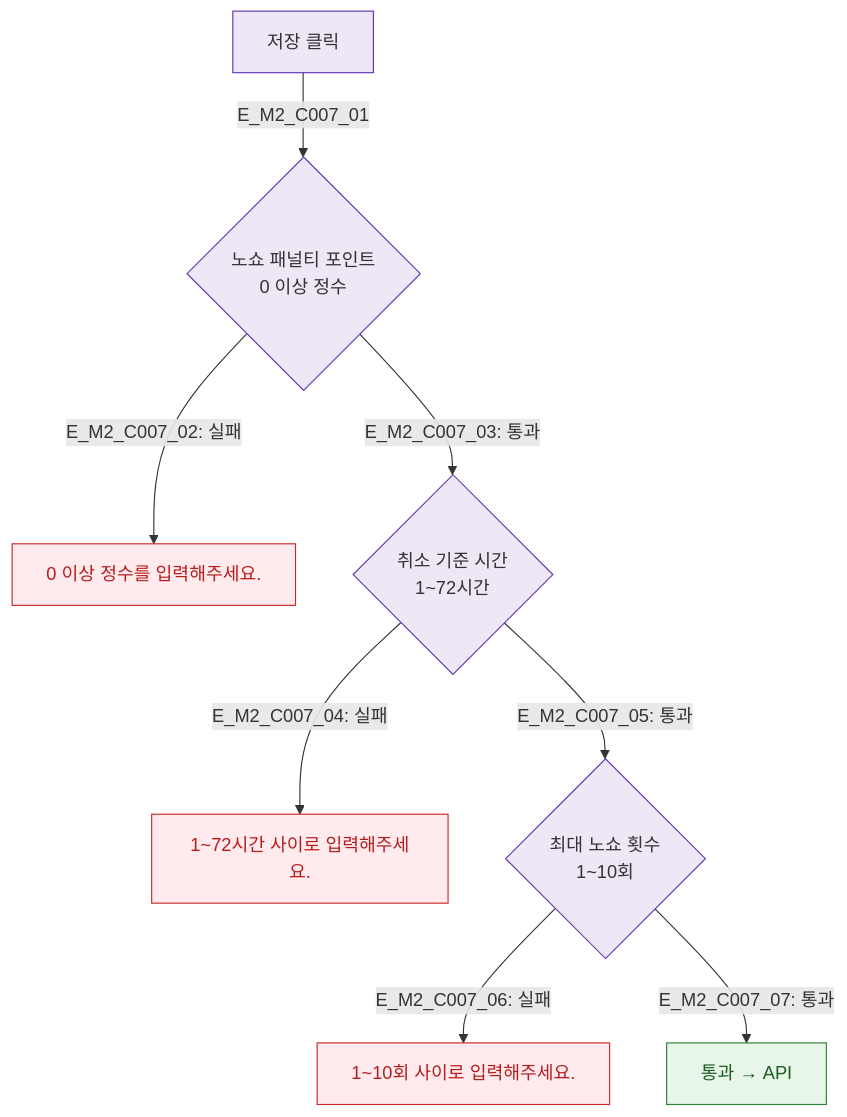
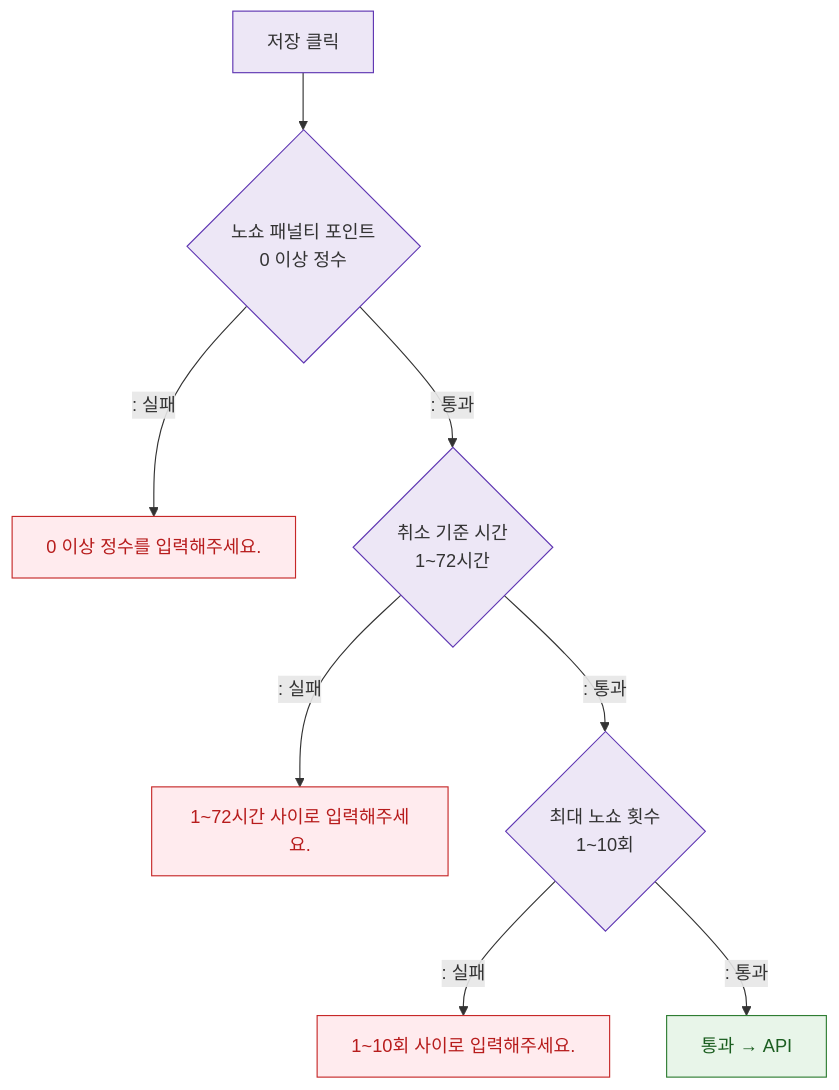
Before and after one commit to dev-spogym/admin-pando: the diagram in docs/다이어그램/D04_수업관리/DLG/DLG-C007_노쇼취소정책/M2_필드검증.md, drawn with Mermaid. The commit also changed other lines of this file and 1660 other files, not shown here.

First line of the commit message:
다이어그램: 기획자/클라이언트 납품본으로 정리

````diff
--- a/docs/다이어그램/D04_수업관리/DLG/DLG-C007_노쇼취소정책/M2_필드검증.md
+++ b/docs/다이어그램/D04_수업관리/DLG/DLG-C007_노쇼취소정책/M2_필드검증.md
@@ -20,17 +18,17 @@
 ```mermaid
 flowchart TD
-  Save[저장 클릭] -->|E_M2_C007_01| V_NoShow{노쇼 패널티 포인트\n0 이상 정수}
-  V_NoShow -->|"E_M2_C007_02: 실패"| E_NoShow[0 이상 정수를 입력해주세요.]
-  V_NoShow -->|"E_M2_C007_03: 통과"| V_CancelHour{취소 기준 시간\n1~72시간}
-  V_CancelHour -->|"E_M2_C007_04: 실패"| E_CancelHour[1~72시간 사이로 입력해주세요.]
-  V_CancelHour -->|"E_M2_C007_05: 통과"| V_MaxNoShow{최대 노쇼 횟수\n1~10회}
-  V_MaxNoShow -->|"E_M2_C007_06: 실패"| E_MaxNoShow[1~10회 사이로 입력해주세요.]
-  V_MaxNoShow -->|"E_M2_C007_07: 통과"| AllPass[통과 → API]
+  Save[저장 클릭] --> V_NoShow{노쇼 패널티 포인트\n0 이상 정수}
+  V_NoShow -->|": 실패"|E_NoShow[0 이상 정수를 입력해주세요.]
+  V_NoShow -->|": 통과"|V_CancelHour{취소 기준 시간\n1~72시간}
+  V_CancelHour -->|": 실패"|E_CancelHour[1~72시간 사이로 입력해주세요.]
+  V_CancelHour -->|": 통과"|V_MaxNoShow{최대 노쇼 횟수\n1~10회}
+  V_MaxNoShow -->|": 실패"|E_MaxNoShow[1~10회 사이로 입력해주세요.]
+  V_MaxNoShow -->|": 통과"|AllPass[통과 → API]
 
   classDef system fill:#EDE7F6,stroke:#5E35B2
   classDef error fill:#FFEBEE,stroke:#C62828,color:#B71C1C
   classDef success fill:#E8F5E9,stroke:#2E7D32,color:#1B5E20
   class Save,V_NoShow,V_CancelHour,V_MaxNoShow system
   class E_NoShow,E_CancelHour,E_MaxNoShow error
   class AllPass success
 ```
````
